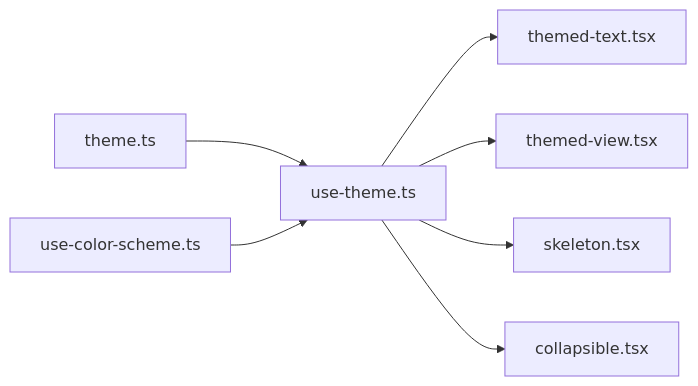
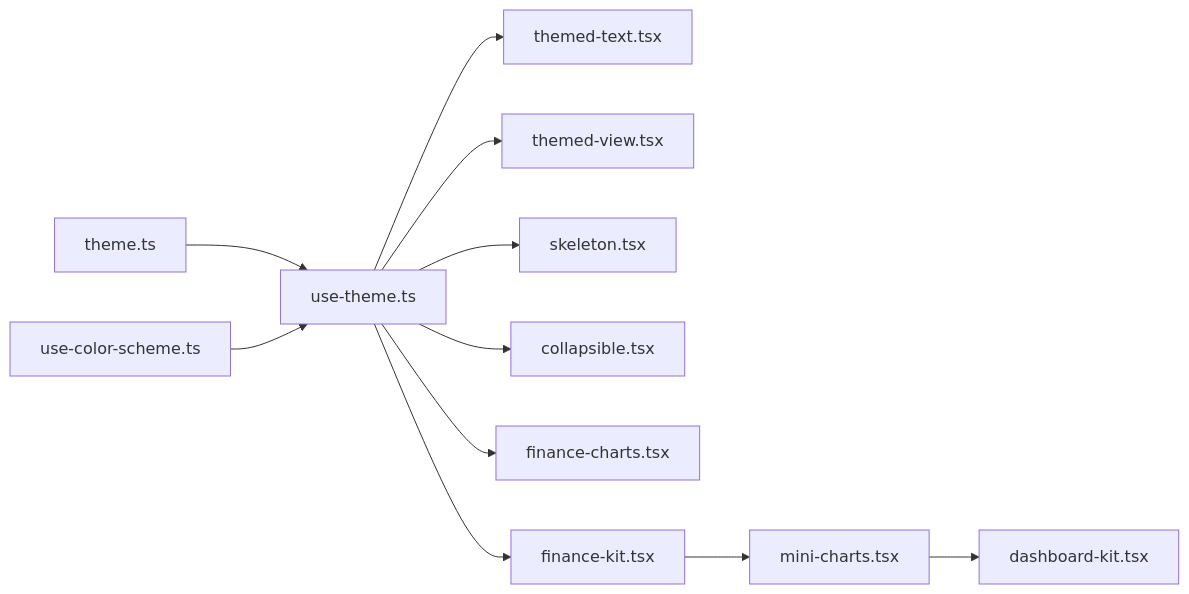
Before and after one commit to Muhammad-Masood/tijarah-ai-app: the ninth of 9 diagrams in .qoder/repowiki/en/content/Component Library.md, drawn with Mermaid. The commit also changed other lines of this file and 25 other files, not shown here.

````diff
--- a/.qoder/repowiki/en/content/Component Library.md
+++ b/.qoder/repowiki/en/content/Component Library.md
@@ -298,9 +472,13 @@
 ```mermaid
 graph LR
 T["theme.ts"] --> U["use-theme.ts"]
 U --> TT["themed-text.tsx"]
 U --> TV["themed-view.tsx"]
 U --> SK["skeleton.tsx"]
 U --> CL["collapsible.tsx"]
+U --> FC["finance-charts.tsx"]
+U --> FK["finance-kit.tsx"]
 CS["use-color-scheme.ts"] --> U
+FK --> MC["mini-charts.tsx"]
+MC --> DK["dashboard-kit.tsx"]
 ```
````
